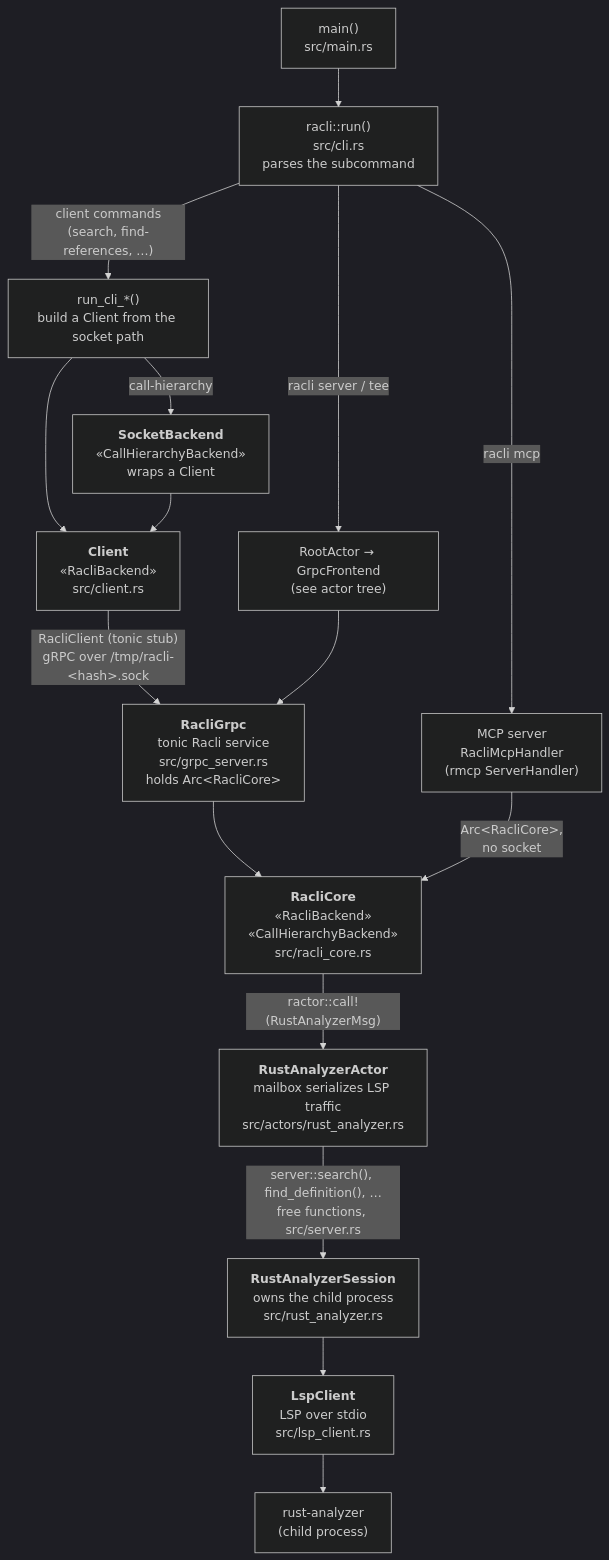
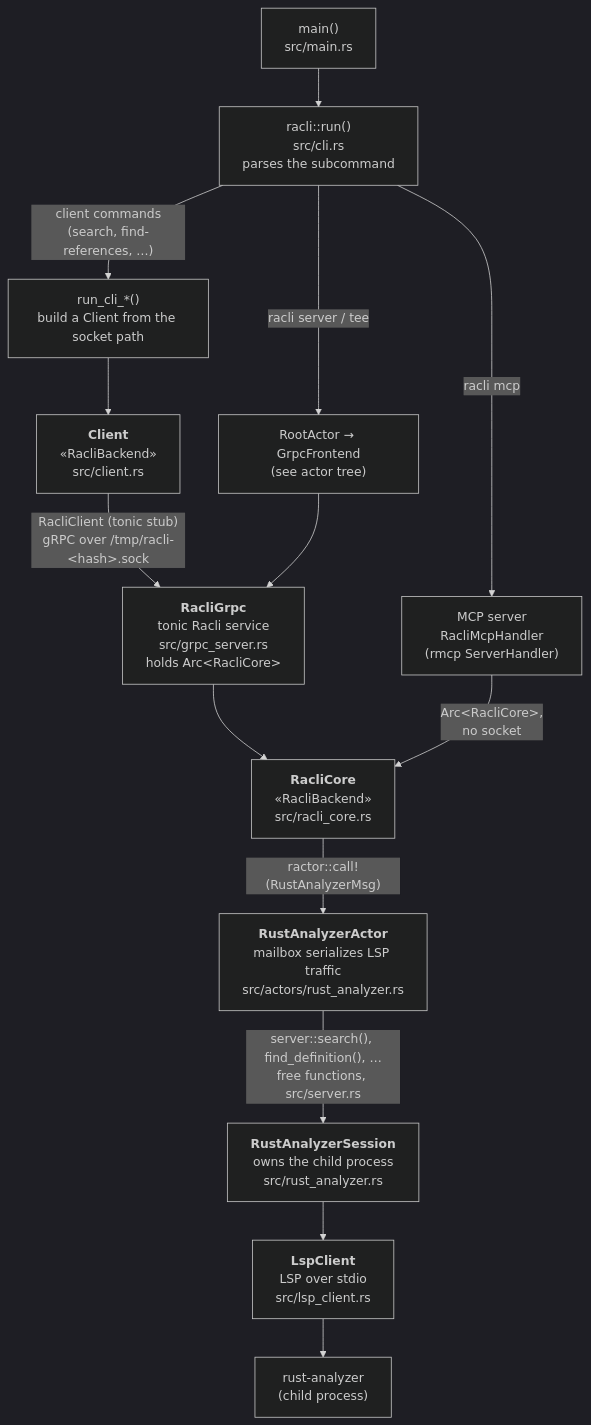
One commit to aisrael/racli changed the fifth of 6 diagrams in docs/high-level-architecture.md. Above: the diagram before and after it, drawn with Mermaid (dark theme). The commit also changed other lines of this file and 6 other files, not shown here.

First line of the commit message:
Fold CallHierarchyBackend into RacliBackend

````diff
--- a/docs/high-level-architecture.md
+++ b/docs/high-level-architecture.md
@@ -95,23 +94,21 @@
 ```mermaid
 flowchart TD
     Main["main()<br/>src/main.rs"] --> Run["racli::run()<br/>src/cli.rs<br/>parses the subcommand"]
 
     Run -->|"client commands<br/>(search, find-references, …)"| CliRun["run_cli_*()<br/>build a Client from the socket path"]
     Run -->|"racli mcp"| McpRun["MCP server<br/>RacliMcpHandler<br/>(rmcp ServerHandler)"]
     Run -->|"racli server / tee"| ServerRun["RootActor → GrpcFrontend<br/>(see actor tree)"]
 
     CliRun --> Client["<b>Client</b><br/>«RacliBackend»<br/>src/client.rs"]
-    CliRun -->|call-hierarchy| SocketBackend["<b>SocketBackend</b><br/>«CallHierarchyBackend»<br/>wraps a Client"]
-    SocketBackend --> Client
     Client -->|"RacliClient (tonic stub)<br/>gRPC over /tmp/racli-#lt;hash#gt;.sock"| Grpc
 
     ServerRun --> Grpc["<b>RacliGrpc</b><br/>tonic Racli service<br/>src/grpc_server.rs<br/>holds Arc#lt;RacliCore#gt;"]
     Grpc --> Session
     McpRun -->|"Arc#lt;RacliCore#gt;,<br/>no socket"| Session
 
-    Session["<b>RacliCore</b><br/>«RacliBackend»<br/>«CallHierarchyBackend»<br/>src/racli_core.rs"]
+    Session["<b>RacliCore</b><br/>«RacliBackend»<br/>src/racli_core.rs"]
     Session -->|"ractor::call!(RustAnalyzerMsg)"| Actor["<b>RustAnalyzerActor</b><br/>mailbox serializes LSP traffic<br/>src/actors/rust_analyzer.rs"]
     Actor -->|"server::search(), find_definition(), …<br/>free functions, src/server.rs"| RAS["<b>RustAnalyzerSession</b><br/>owns the child process<br/>src/rust_analyzer.rs"]
     RAS --> Lsp["<b>LspClient</b><br/>LSP over stdio<br/>src/lsp_client.rs"]
     Lsp --> RA["rust-analyzer<br/>(child process)"]
 ```
````
